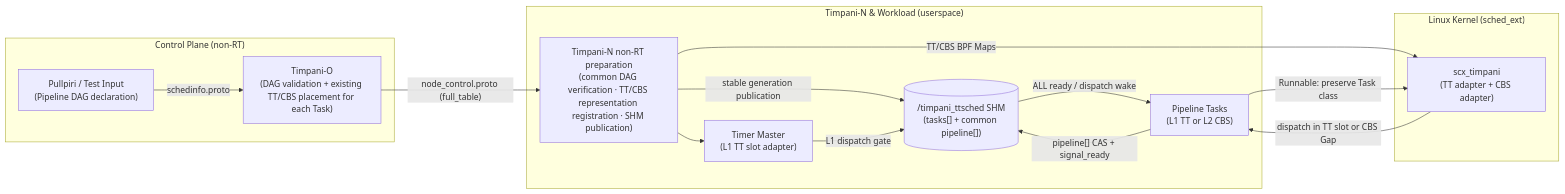
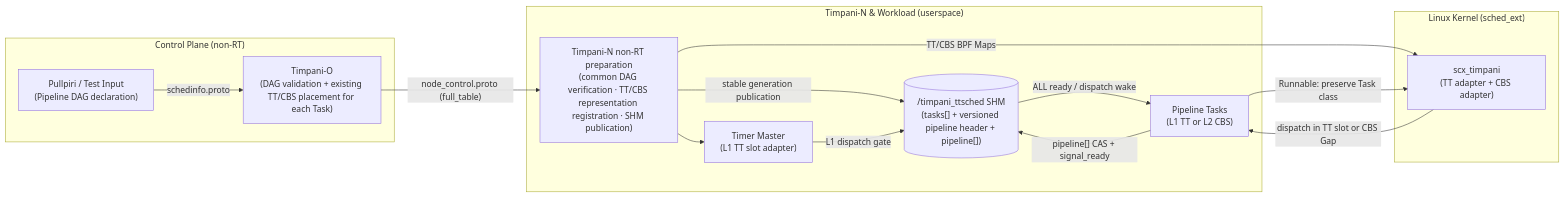
Before and after one commit to eclipse-timpani/timpani26: the first of 4 diagrams in doc/design/HLD-009-data-driven-workload.md, drawn with Mermaid. The commit also changed other lines of this file and 9 other files, not shown here.

````diff
--- a/doc/design/HLD-009-data-driven-workload.md
+++ b/doc/design/HLD-009-data-driven-workload.md
@@ -20,29 +20,29 @@
 ```mermaid
 flowchart LR
     subgraph ControlPlane["Control Plane (non-RT)"]
         IN["Pullpiri / Test Input<br/>(Pipeline DAG declaration)"]
         TO["Timpani-O<br/>(DAG validation + existing TT/CBS placement for each Task)"]
     end
 
     subgraph NodeUserspace["Timpani-N & Workload (userspace)"]
         TN_PREP["Timpani-N non-RT preparation<br/>(common DAG verification · TT/CBS representation registration · SHM publication)"]
         TM["Timer Master<br/>(L1 TT slot adapter)"]
-        SHM[("/timpani_ttsched SHM<br/>(tasks[] + common pipeline[])")]
+        SHM[("/timpani_ttsched SHM<br/>(tasks[] + versioned pipeline header + pipeline[])")]
         TASKS["Pipeline Tasks<br/>(L1 TT or L2 CBS)"]
     end
 
     subgraph KernelSpace["Linux Kernel (sched_ext)"]
         BPF["scx_timpani<br/>(TT adapter + CBS adapter)"]
     end
 
     IN -->|"schedinfo.proto"| TO
     TO -->|"node_control.proto (full_table)"| TN_PREP
     TN_PREP --> TM
     TN_PREP -->|"TT/CBS BPF Maps"| BPF
     TN_PREP -->|"stable generation publication"| SHM
     TM -->|"L1 dispatch gate"| SHM
     SHM -->|"ALL ready / dispatch wake"| TASKS
     TASKS -->|"pipeline[] CAS + signal_ready"| SHM
     TASKS -->|"Runnable: preserve Task class"| BPF
     BPF -->|"dispatch in TT slot or CBS Gap"| TASKS
 ```
````
